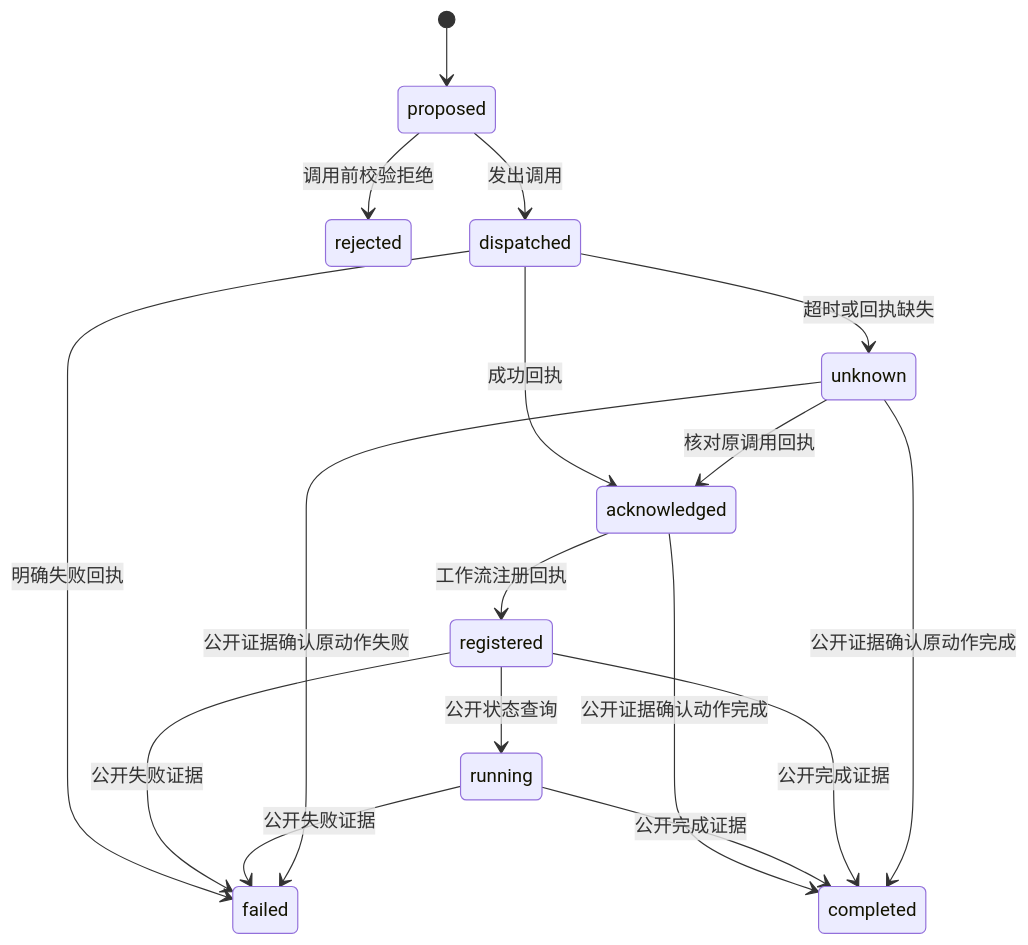
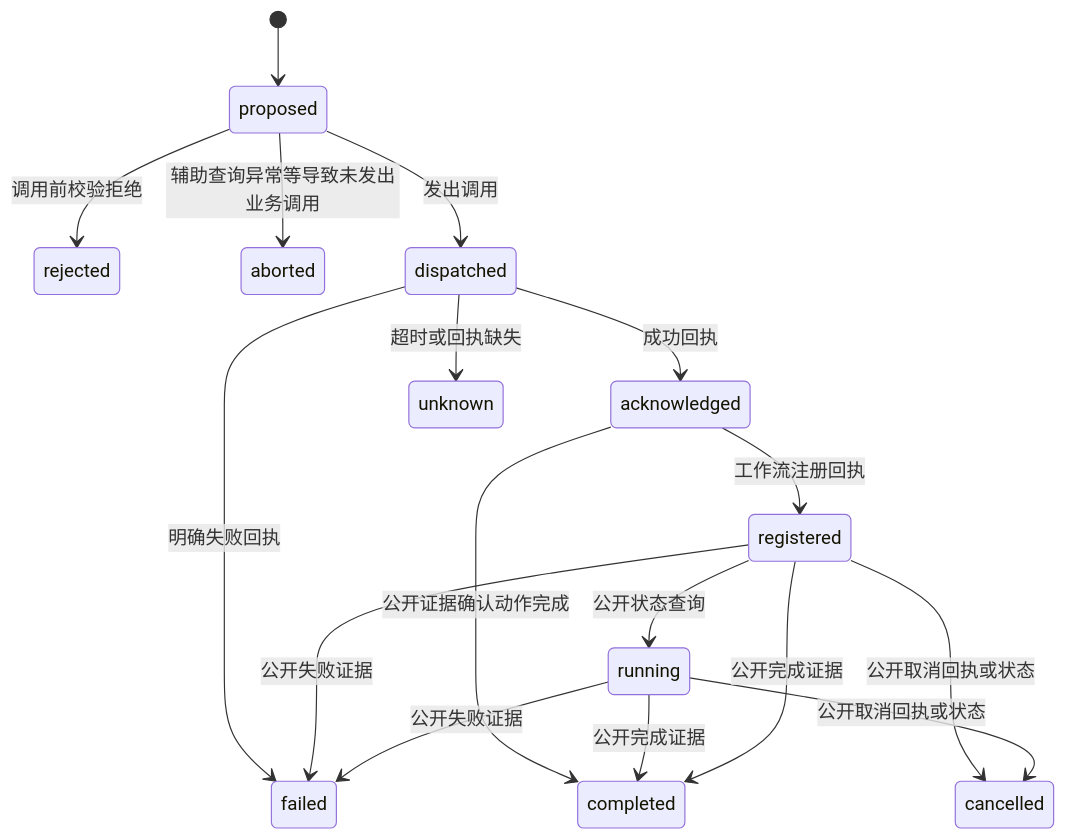
The second of 2 diagrams in docs/项目架构.md (Mr-Mage/smarthome_agent_rl), drawn with Mermaid before and after one commit. The commit also changed other lines of this file and 9 other files, not shown here.

````diff
--- a/docs/项目架构.md
+++ b/docs/项目架构.md
@@ -48,19 +48,19 @@
 ```mermaid
 stateDiagram-v2
     [*] --> proposed
     proposed --> rejected: 调用前校验拒绝
+    proposed --> aborted: 辅助查询异常等导致未发出业务调用
     proposed --> dispatched: 发出调用
     dispatched --> failed: 明确失败回执
     dispatched --> acknowledged: 成功回执
     dispatched --> unknown: 超时或回执缺失
     acknowledged --> registered: 工作流注册回执
     acknowledged --> completed: 公开证据确认动作完成
     registered --> running: 公开状态查询
     running --> completed: 公开完成证据
     registered --> completed: 公开完成证据
     registered --> failed: 公开失败证据
     running --> failed: 公开失败证据
-    unknown --> acknowledged: 核对原调用回执
-    unknown --> completed: 公开证据确认原动作完成
-    unknown --> failed: 公开证据确认原动作失败
+    registered --> cancelled: 公开取消回执或状态
+    running --> cancelled: 公开取消回执或状态
 ```
````
